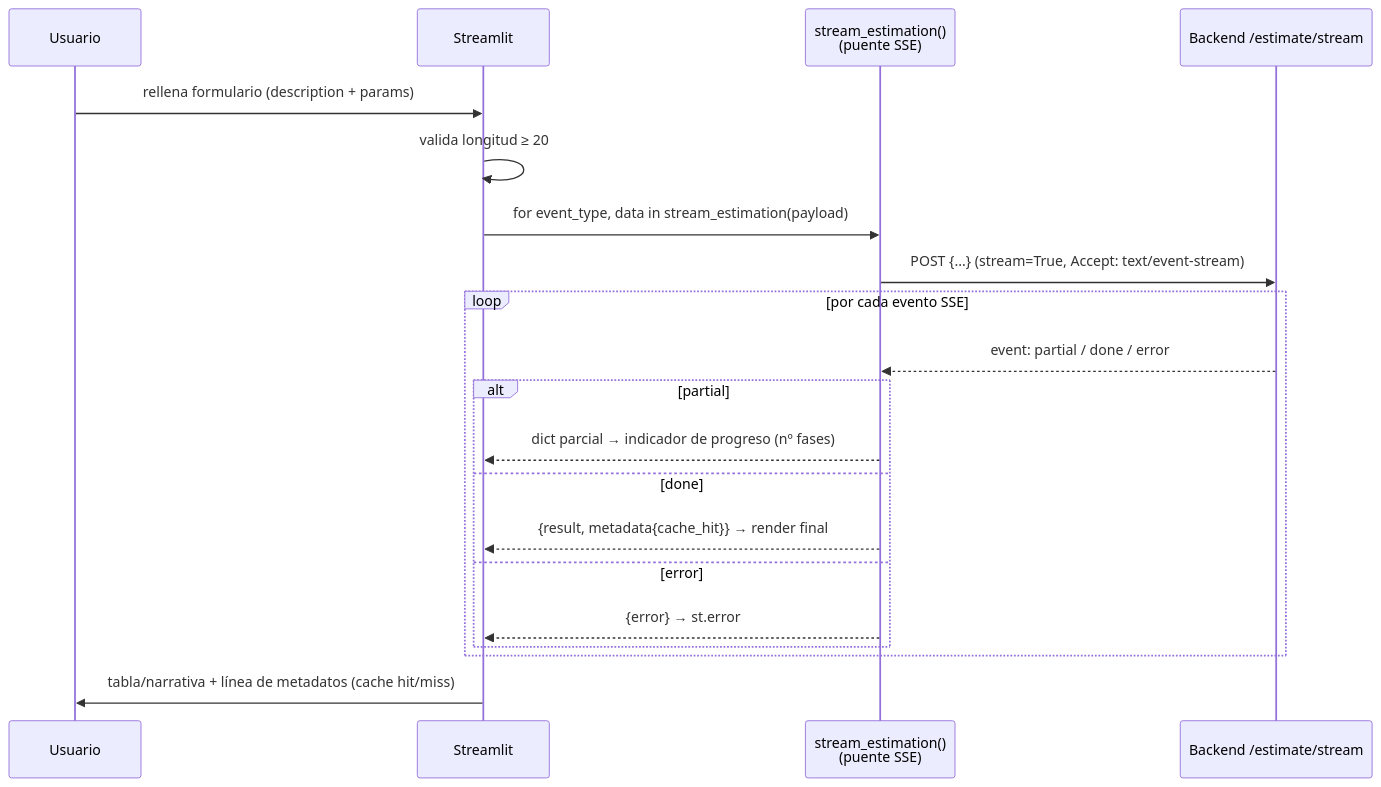
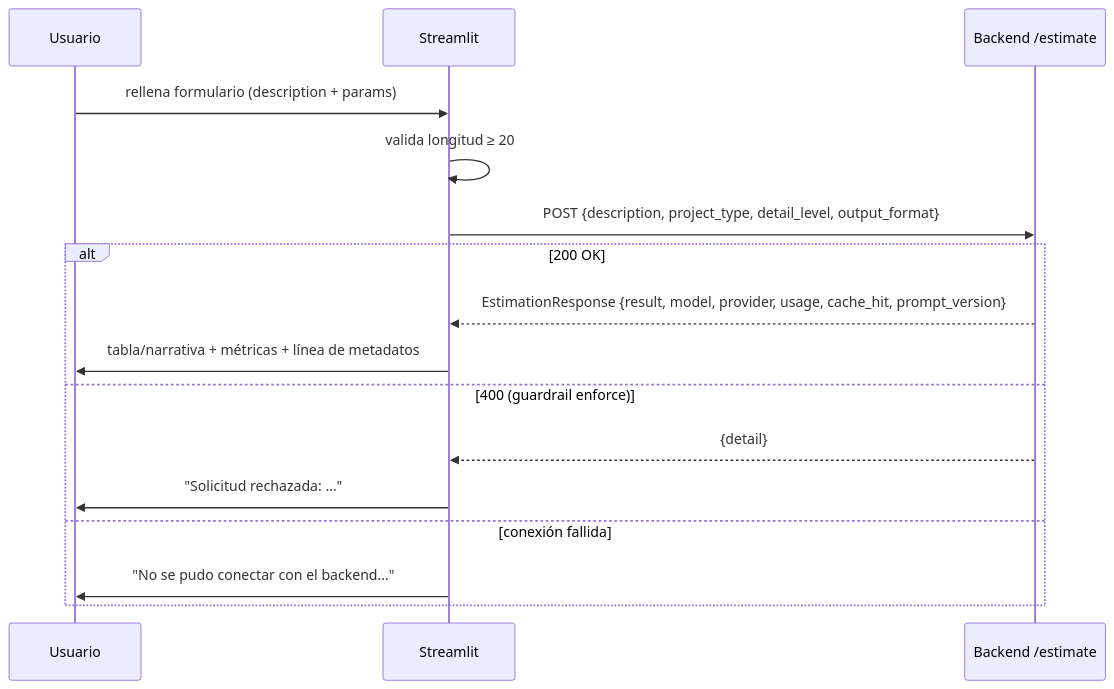
Before and after one commit to salvalcaraz080/LIDR-RAG-master: the second of 11 diagrams in ARCHITECTURE.md, drawn with Mermaid. The commit also changed other lines of this file and 2 other files, not shown here.

````diff
--- a/ARCHITECTURE.md
+++ b/ARCHITECTURE.md
@@ -148,23 +148,19 @@
 ```mermaid
 sequenceDiagram
     participant U as Usuario
     participant S as Streamlit
-    participant G as stream_estimation()<br/>(puente SSE)
-    participant B as Backend /estimate/stream
+    participant B as Backend /estimate
 
     U->>S: rellena formulario (description + params)
     S->>S: valida longitud ≥ 20
-    S->>G: for event_type, data in stream_estimation(payload)
-    G->>B: POST {...} (stream=True, Accept: text/event-stream)
-    loop por cada evento SSE
-        B-->>G: event: partial / done / error
-        alt partial
-            G-->>S: dict parcial → indicador de progreso (nº fases)
-        else done
-            G-->>S: {result, metadata{cache_hit}} → render final
-        else error
-            G-->>S: {error} → st.error
-        end
+    S->>B: POST {description, project_type, detail_level, output_format}
+    alt 200 OK
+        B-->>S: EstimationResponse {result, model, provider, usage, cache_hit, prompt_version}
+        S->>U: tabla/narrativa + métricas + línea de metadatos
+    else 400 (guardrail enforce)
+        B-->>S: {detail}
+        S->>U: "Solicitud rechazada: …"
+    else conexión fallida
+        S->>U: "No se pudo conectar con el backend…"
     end
-    S->>U: tabla/narrativa + línea de metadatos (cache hit/miss)
 ```
````
